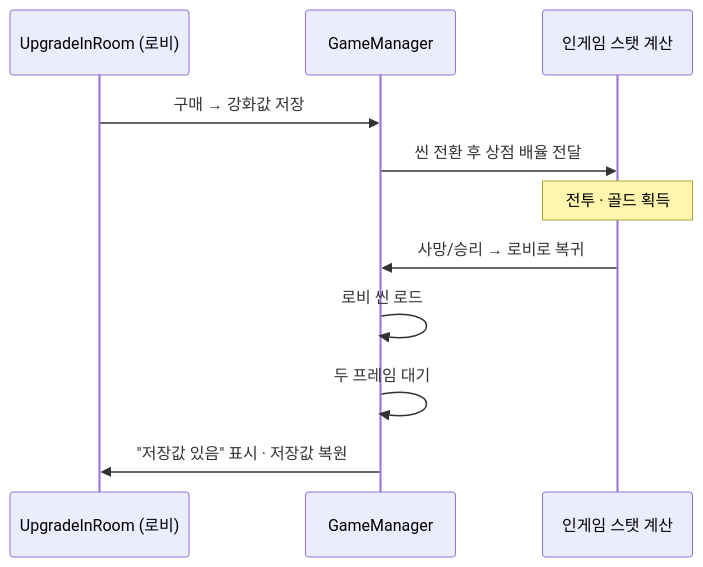
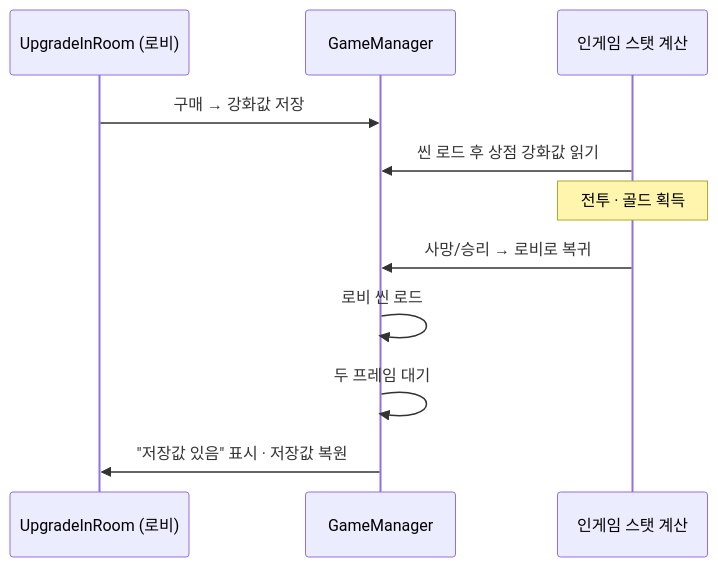
One commit to NaJungWon/portfolio changed diagram 11 of 11 in src/03-dgs/기술문서.md. Above: the diagram before and after it, drawn with Mermaid. The commit also changed other lines of this file, not shown here.

````diff
--- a/src/03-dgs/기술문서.md
+++ b/src/03-dgs/기술문서.md
@@ -674,13 +688,13 @@
 ```mermaid
 sequenceDiagram
     participant R as UpgradeInRoom (로비)
     participant G as GameManager
     participant I as 인게임 스탯 계산
     R->>G: 구매 → 강화값 저장
-    G->>I: 씬 전환 후 상점 배율 전달
+    I->>G: 씬 로드 후 상점 강화값 읽기
     Note over I: 전투 · 골드 획득
     I->>G: 사망/승리 → 로비로 복귀
     G->>G: 로비 씬 로드
     G->>G: 두 프레임 대기
     G->>R: "저장값 있음" 표시 · 저장값 복원
 ```
````
